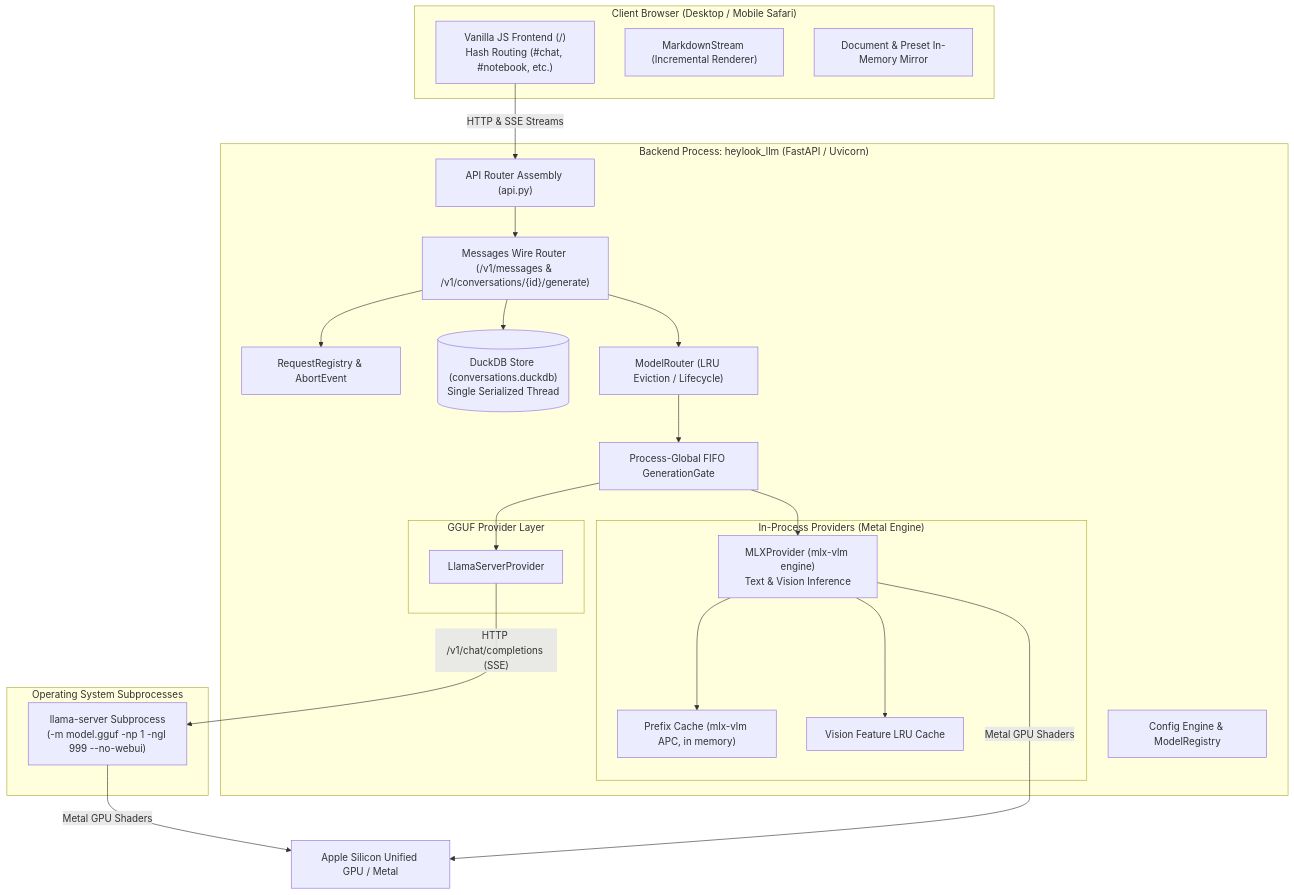
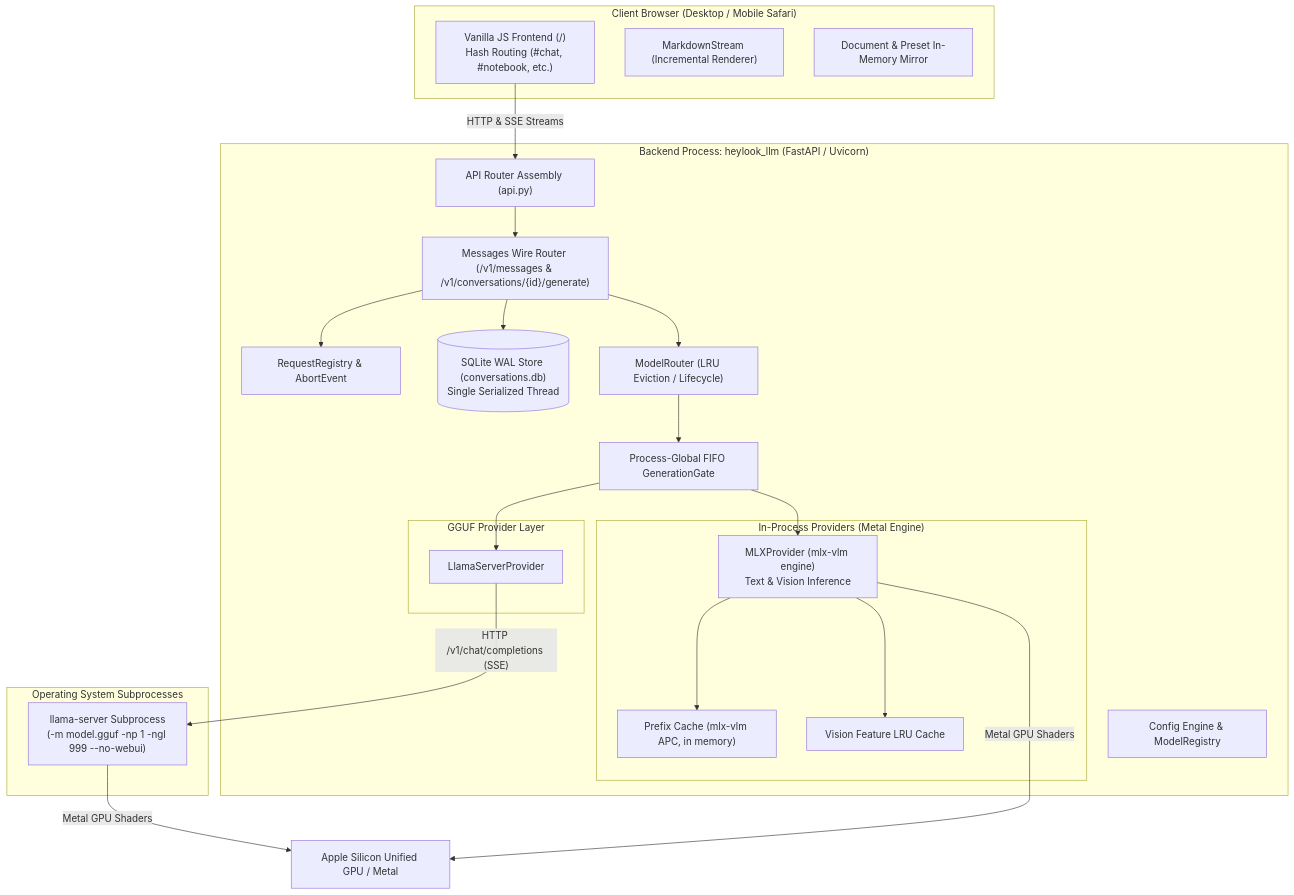
The diagram in docs/wiki/architecture_overview.md (fblissjr/heylookitsanllm), drawn with Mermaid before and after one commit. The commit also changed other lines of this file and 14 other files, not shown here.

Commit message:
docs: sync markdown docs to SQLite WAL store, /v1/messages tools, and v2.0.285 frontend

````diff
--- a/docs/wiki/architecture_overview.md
+++ b/docs/wiki/architecture_overview.md
@@ -16,48 +16,48 @@
 ```mermaid
 flowchart TB
     subgraph Browser ["Client Browser (Desktop / Mobile Safari)"]
         UI["Vanilla JS Frontend (/)<br/>Hash Routing (#chat, #notebook, etc.)"]
         MStream["MarkdownStream (Incremental Renderer)"]
         StoreMirror["Document & Preset In-Memory Mirror"]
     end
 
     subgraph BackendProcess ["Backend Process: heylook_llm (FastAPI / Uvicorn)"]
         RouterHub["API Router Assembly (api.py)"]
         MsgWire["Messages Wire Router (/v1/messages & /v1/conversations/{id}/generate)"]
         ReqReg["RequestRegistry & AbortEvent"]
-        DuckDB[("DuckDB Store (conversations.duckdb)<br/>Single Serialized Thread")]
+        SQLite[("SQLite WAL Store (conversations.db)<br/>Single Serialized Thread")]
         ConfigEngine["Config Engine & ModelRegistry"]
         GenGate["Process-Global FIFO GenerationGate"]
         ModelRouter["ModelRouter (LRU Eviction / Lifecycle)"]
 
         subgraph InProcessProviders ["In-Process Providers (Metal Engine)"]
             MLX["MLXProvider (mlx-vlm engine)<br/>Text & Vision Inference"]
             PromptCache["Prefix Cache (mlx-vlm APC, in memory)"]
             VisionCache["Vision Feature LRU Cache"]
         end
 
         subgraph SubprocessProvider ["GGUF Provider Layer"]
             LlamaProvider["LlamaServerProvider"]
         end
     end
 
     subgraph ExternalProcesses ["Operating System Subprocesses"]
         LlamaServerProc["llama-server Subprocess<br/>(-m model.gguf -np 1 -ngl 999 --no-webui)"]
     end
 
     UI -->|"HTTP & SSE Streams"| RouterHub
     RouterHub --> MsgWire
     MsgWire --> ReqReg
-    MsgWire --> DuckDB
+    MsgWire --> SQLite
     MsgWire --> ModelRouter
     ModelRouter --> GenGate
 
     GenGate --> MLX
     GenGate --> LlamaProvider
     MLX --> PromptCache
     MLX --> VisionCache
 
     LlamaProvider -->|"HTTP /v1/chat/completions (SSE)"| LlamaServerProc
     LlamaServerProc -->|"Metal GPU Shaders"| AppleSiliconGPU["Apple Silicon Unified GPU / Metal"]
     MLX -->|"Metal GPU Shaders"| AppleSiliconGPU
 ```
````
